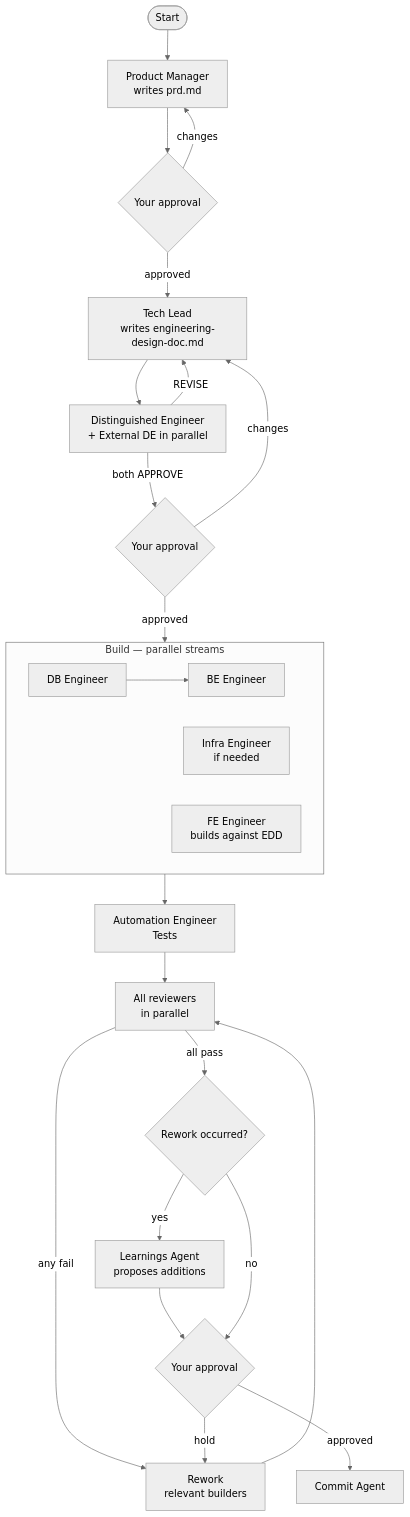
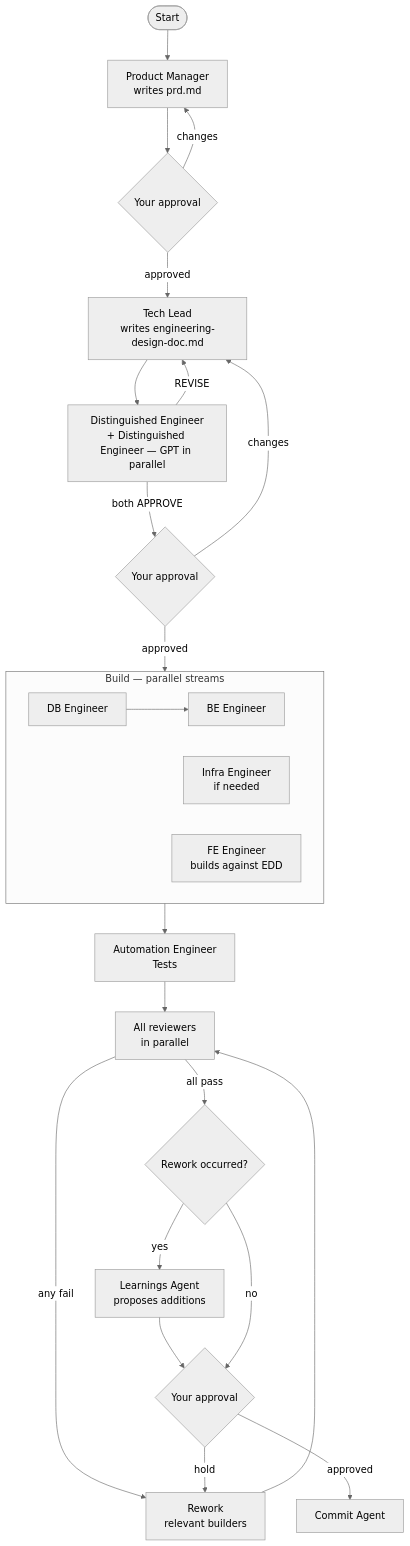
Before and after one commit to rajasekarm/velo: the first of 2 diagrams in README.md, drawn with Mermaid (neutral theme). The commit also changed 1 other file, not shown here.

Commit message:
feat(velo): add first principles thinking to persona and clarify GPT reviewer in README

````diff
--- a/README.md
+++ b/README.md
@@ -15,30 +15,30 @@
 ```mermaid
 flowchart TD
     A([Start]) --> PM[Product Manager\nwrites prd.md]
     PM --> A1{Your approval}
     A1 -->|changes| PM
     A1 -->|approved| TL[Tech Lead\nwrites engineering-design-doc.md]
-    TL --> REV[Distinguished Engineer\n+ External DE in parallel]
+    TL --> REV[Distinguished Engineer\n+ Distinguished Engineer — GPT in parallel]
     REV -->|REVISE| TL
     REV -->|both APPROVE| A2{Your approval}
     A2 -->|changes| TL
     A2 -->|approved| BUILD
 
     subgraph BUILD [Build — parallel streams]
         direction LR
         DB[DB Engineer] --> BE[BE Engineer]
         INF[Infra Engineer\nif needed]
         FE[FE Engineer\nbuilds against EDD]
     end
 
     BUILD --> TEST[Automation Engineer\nTests]
     TEST --> REVIEW[All reviewers\nin parallel]
     REVIEW -->|any fail| REWORK[Rework\nrelevant builders]
     REWORK --> REVIEW
     REVIEW -->|all pass| LEARN{Rework occurred?}
     LEARN -->|yes| LA[Learnings Agent\nproposes additions]
     LA --> A3{Your approval}
     LEARN -->|no| A3
     A3 -->|approved| COMMIT[Commit Agent]
     A3 -->|hold| REWORK
 ```
````
